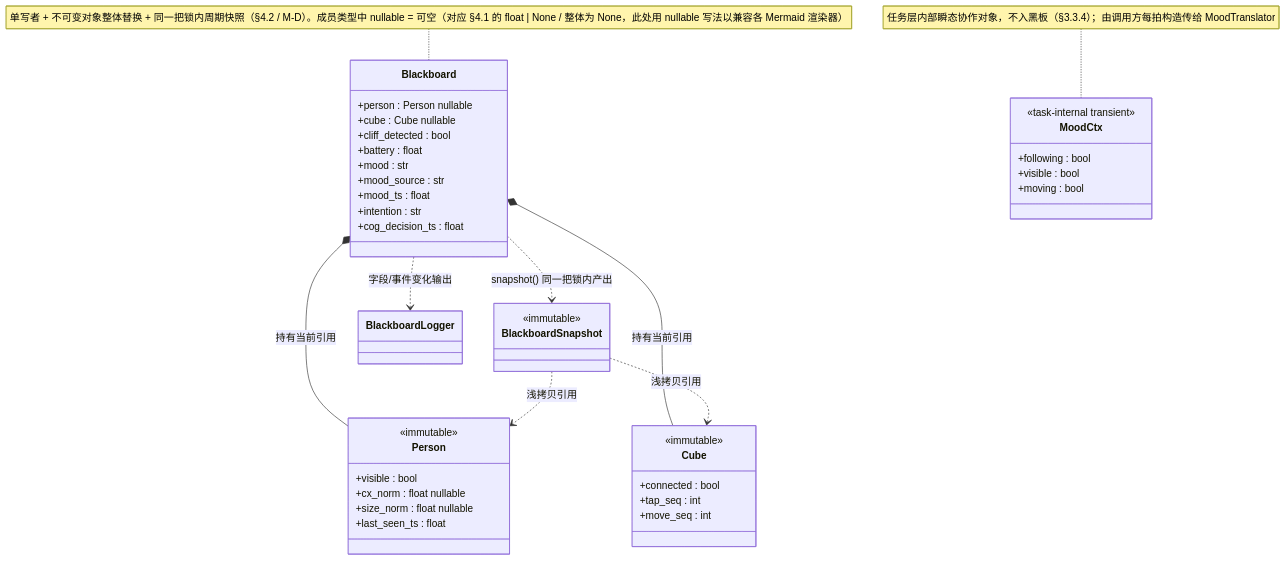
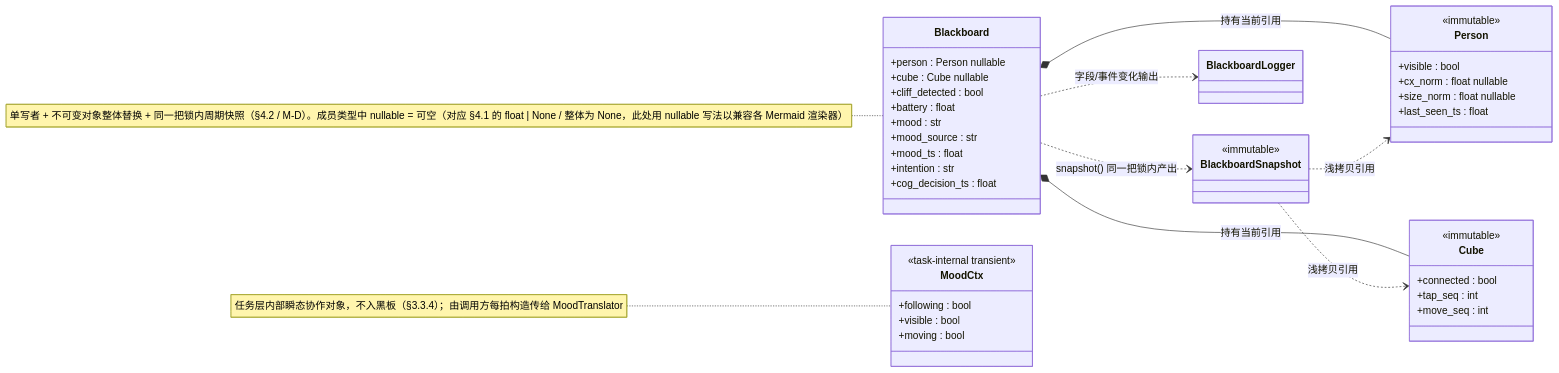
The first of 7 diagrams in docs/requirements/follow-me/follow-me-fds.md (keeploading/super-baby), drawn with Mermaid before and after one commit. The commit also changed other lines of this file, not shown here.

First line of the commit message:
docs: FDS v4.5 — §1.4 类图布局按《类图绘制规约》对齐

````diff
--- a/docs/requirements/follow-me/follow-me-fds.md
+++ b/docs/requirements/follow-me/follow-me-fds.md
@@ -89,46 +92,47 @@
 ```mermaid
 classDiagram
+    direction LR
     class Blackboard {
         +person : Person nullable
         +cube : Cube nullable
         +cliff_detected : bool
         +battery : float
         +mood : str
         +mood_source : str
         +mood_ts : float
         +intention : str
         +cog_decision_ts : float
     }
     class BlackboardSnapshot {
         <<immutable>>
     }
-    class BlackboardLogger
     class Person {
         <<immutable>>
         +visible : bool
         +cx_norm : float nullable
         +size_norm : float nullable
         +last_seen_ts : float
     }
     class Cube {
         <<immutable>>
         +connected : bool
         +tap_seq : int
         +move_seq : int
     }
+    class BlackboardLogger
     class MoodCtx {
         <<task-internal transient>>
         +following : bool
         +visible : bool
         +moving : bool
     }
 
     Blackboard *-- Person : 持有当前引用
     Blackboard *-- Cube : 持有当前引用
     Blackboard ..> BlackboardSnapshot : snapshot() 同一把锁内产出
+    Blackboard ..> BlackboardLogger : 字段/事件变化输出
     BlackboardSnapshot ..> Person : 浅拷贝引用
     BlackboardSnapshot ..> Cube : 浅拷贝引用
-    Blackboard ..> BlackboardLogger : 字段/事件变化输出
     note for MoodCtx "任务层内部瞬态协作对象，不入黑板（§3.3.4）；由调用方每拍构造传给 MoodTranslator"
     note for Blackboard "单写者 + 不可变对象整体替换 + 同一把锁内周期快照（§4.2 / M-D）。成员类型中 nullable = 可空（对应 §4.1 的 float | None / 整体为 None，此处用 nullable 写法以兼容各 Mermaid 渲染器）"
 ```
````
